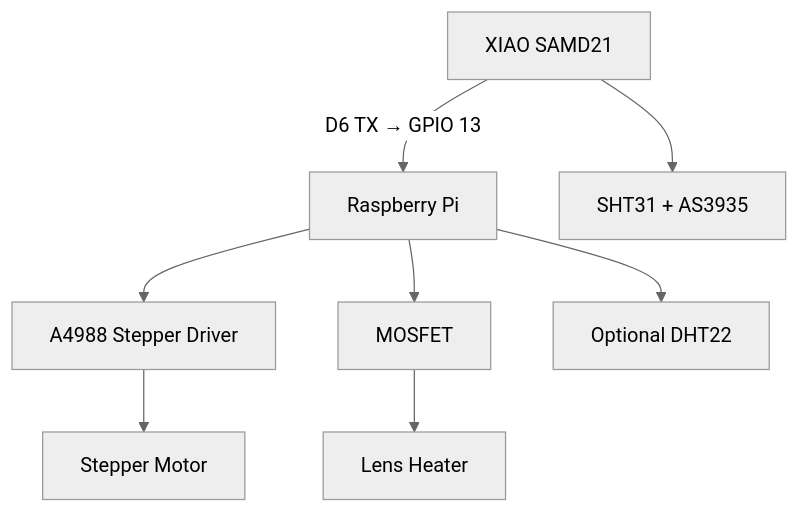
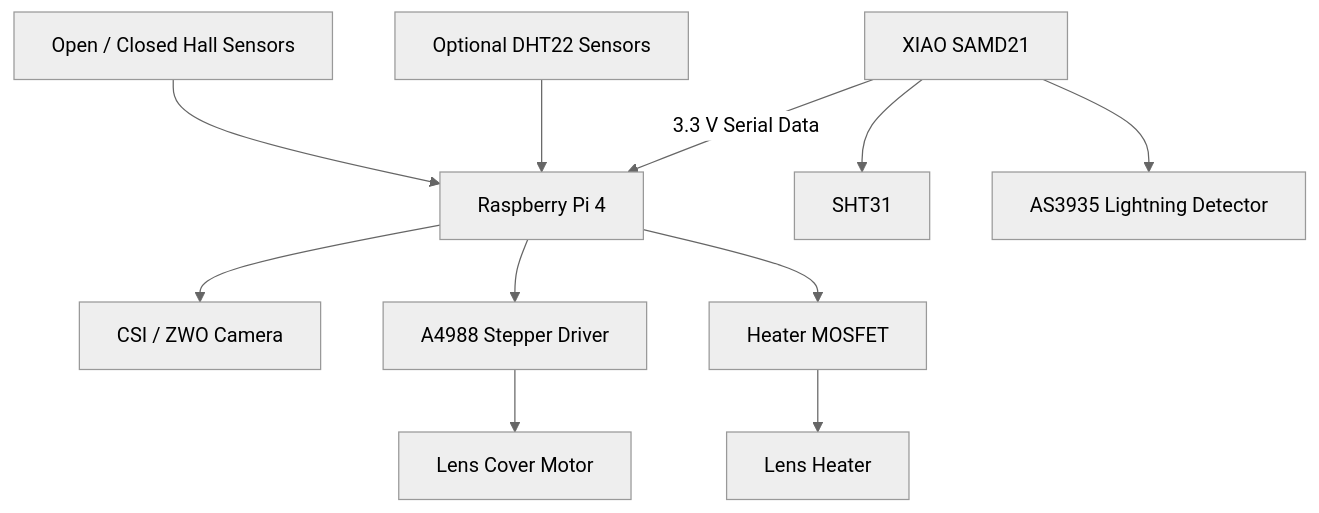
Before and after one commit to 1alex-vag/Vigilis-Allsky: the diagram in HARDWARE.md, drawn with Mermaid (neutral theme). The commit also changed other lines of this file, not shown here.

````diff
--- a/HARDWARE.md
+++ b/HARDWARE.md
@@ -29,10 +86,20 @@
 ```mermaid
 flowchart TD
-    PI["Raspberry Pi"] --> DRIVER["A4988 Stepper Driver"]
-    DRIVER --> MOTOR["Stepper Motor"]
-    PI --> MOSFET["MOSFET"]
+    PI["Raspberry Pi 4"]
+
+    PI --> CAM["CSI / ZWO Camera"]
+
+    PI --> DRIVER["A4988 Stepper Driver"]
+    DRIVER --> MOTOR["Lens Cover Motor"]
+
+    HALL["Open / Closed Hall Sensors"] --> PI
+
+    PI --> MOSFET["Heater MOSFET"]
     MOSFET --> HEATER["Lens Heater"]
-    PI --> DHT["Optional DHT22"]
-    XIAO["XIAO SAMD21"] --> BUS["SHT31 + AS3935"]
-    XIAO -->|"D6 TX → GPIO 13"| PI
+
+    DHT["Optional DHT22 Sensors"] --> PI
+
+    XIAO["XIAO SAMD21"] --> SHT["SHT31"]
+    XIAO --> AS["AS3935 Lightning Detector"]
+    XIAO -->|"3.3 V Serial Data"| PI
 ```
````
